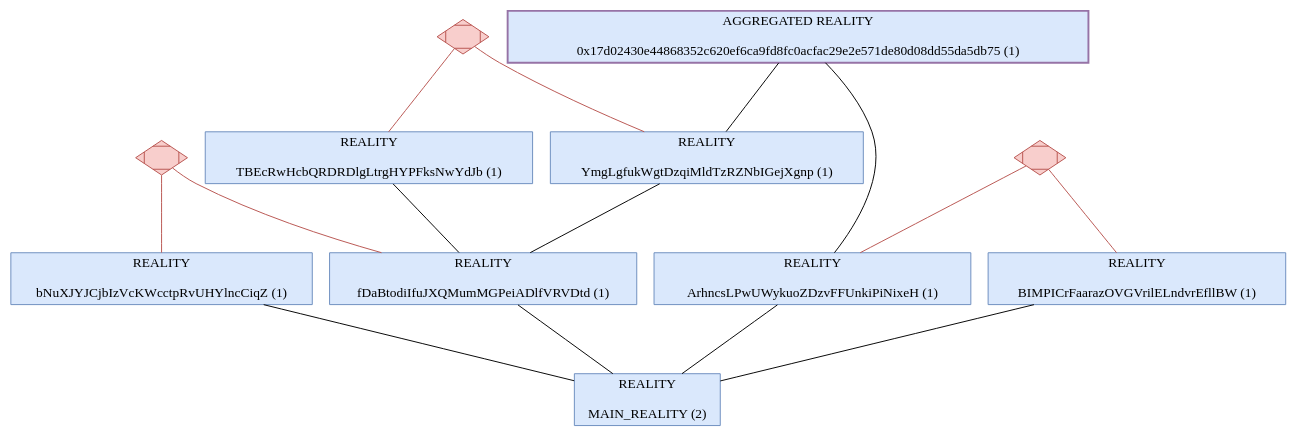
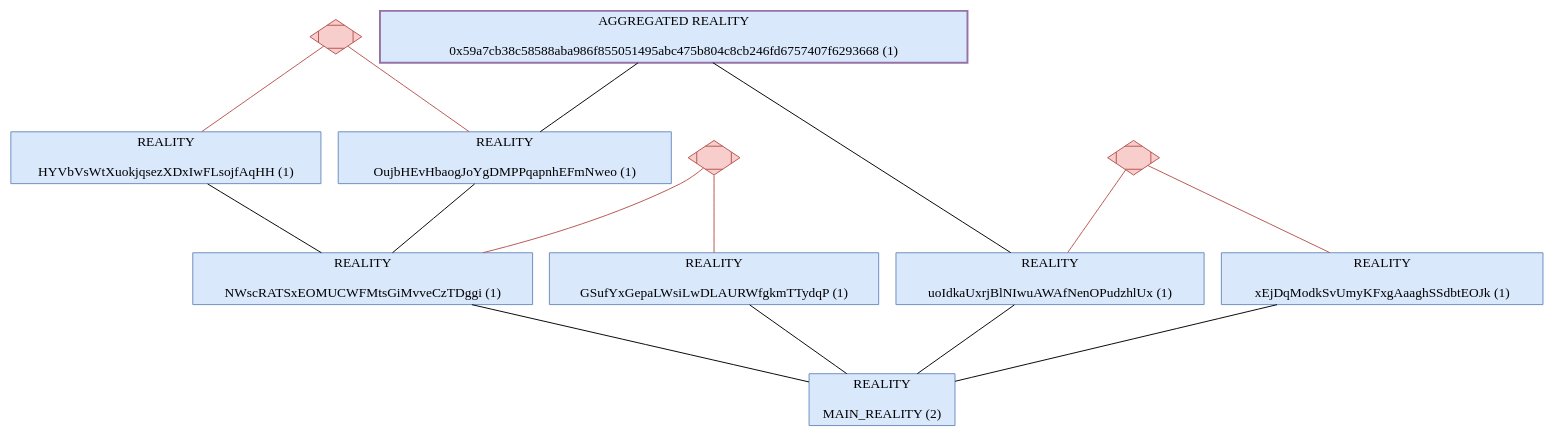
Before and after one commit to whoaminb/goshimmer: the diagram in packages/ledgerstate/_tmp.dot, drawn with Graphviz. The commit also changed 3 other files, not shown here.

```diff
--- a/packages/ledgerstate/_tmp.dot
+++ b/packages/ledgerstate/_tmp.dot
@@ -1,29 +1,29 @@
 digraph  {
 	ranksep="1.0 equally";
 	n9[color="#B85450",fillcolor="#F8CECC",label="",shape="Mdiamond",style="filled"];
 	n10[color="#B85450",fillcolor="#F8CECC",label="",shape="Mdiamond",style="filled"];
 	n11[color="#B85450",fillcolor="#F8CECC",label="",shape="Mdiamond",style="filled"];
-	n1[color="#9673A6",fillcolor="#DAE8FC",label="AGGREGATED REALITY\n\n0x17d02430e44868352c620ef6ca9fd8fc0acfac29e2e571de80d08dd55da5db75 (1)",penwidth="2.0",shape="rect",style="filled"];
-	n2[color="#6C8EBF",fillcolor="#DAE8FC",label="REALITY\n\nArhncsLPwUWykuoZDzvFFUnkiPiNixeH (1)",shape="rect",style="filled"];
-	n6[color="#6C8EBF",fillcolor="#DAE8FC",label="REALITY\n\nBIMPICrFaarazOVGVrilELndvrEfllBW (1)",shape="rect",style="filled"];
-	n3[color="#6C8EBF",fillcolor="#DAE8FC",label="REALITY\n\nMAIN_REALITY (2)",shape="rect",style="filled"];
-	n7[color="#6C8EBF",fillcolor="#DAE8FC",label="REALITY\n\nTBEcRwHcbQRDRDlgLtrgHYPFksNwYdJb (1)",shape="rect",style="filled"];
-	n4[color="#6C8EBF",fillcolor="#DAE8FC",label="REALITY\n\nYmgLgfukWgtDzqiMldTzRZNbIGejXgnp (1)",shape="rect",style="filled"];
-	n8[color="#6C8EBF",fillcolor="#DAE8FC",label="REALITY\n\nbNuXJYJCjbIzVcKWcctpRvUHYlncCiqZ (1)",shape="rect",style="filled"];
-	n5[color="#6C8EBF",fillcolor="#DAE8FC",label="REALITY\n\nfDaBtodiIfuJXQMumMGPeiADlfVRVDtd (1)",shape="rect",style="filled"];
+	n6[color="#9673A6",fillcolor="#DAE8FC",label="AGGREGATED REALITY\n\n0x59a7cb38c58588aba986f855051495abc475b804c8cb246fd6757407f6293668 (1)",penwidth="2.0",shape="rect",style="filled"];
+	n1[color="#6C8EBF",fillcolor="#DAE8FC",label="REALITY\n\nGSufYxGepaLWsiLwDLAURWfgkmTTydqP (1)",shape="rect",style="filled"];
+	n3[color="#6C8EBF",fillcolor="#DAE8FC",label="REALITY\n\nHYVbVsWtXuokjqsezXDxIwFLsojfAqHH (1)",shape="rect",style="filled"];
+	n2[color="#6C8EBF",fillcolor="#DAE8FC",label="REALITY\n\nMAIN_REALITY (2)",shape="rect",style="filled"];
+	n4[color="#6C8EBF",fillcolor="#DAE8FC",label="REALITY\n\nNWscRATSxEOMUCWFMtsGiMvveCzTDggi (1)",shape="rect",style="filled"];
+	n5[color="#6C8EBF",fillcolor="#DAE8FC",label="REALITY\n\nOujbHEvHbaogJoYgDMPPqapnhEFmNweo (1)",shape="rect",style="filled"];
+	n7[color="#6C8EBF",fillcolor="#DAE8FC",label="REALITY\n\nuoIdkaUxrjBlNIwuAWAfNenOPudzhlUx (1)",shape="rect",style="filled"];
+	n8[color="#6C8EBF",fillcolor="#DAE8FC",label="REALITY\n\nxEjDqModkSvUmyKFxgAaaghSSdbtEOJk (1)",shape="rect",style="filled"];
 	n9->n5[arrowhead="none",arrowtail="none",color="#B85450"];
-	n9->n8[arrowhead="none",arrowtail="none",color="#B85450"];
+	n9->n3[arrowhead="none",arrowtail="none",color="#B85450"];
 	n10->n7[arrowhead="none",arrowtail="none",color="#B85450"];
-	n10->n4[arrowhead="none",arrowtail="none",color="#B85450"];
-	n11->n2[arrowhead="none",arrowtail="none",color="#B85450"];
-	n11->n6[arrowhead="none",arrowtail="none",color="#B85450"];
+	n10->n8[arrowhead="none",arrowtail="none",color="#B85450"];
+	n11->n1[arrowhead="none",arrowtail="none",color="#B85450"];
+	n11->n4[arrowhead="none",arrowtail="none",color="#B85450"];
+	n6->n7[arrowhead="none",arrowtail="none"];
+	n6->n5[arrowhead="none",arrowtail="none"];
 	n1->n2[arrowhead="none",arrowtail="none"];
-	n1->n4[arrowhead="none",arrowtail="none"];
-	n2->n3[arrowhead="none",arrowtail="none"];
-	n6->n3[arrowhead="none",arrowtail="none"];
-	n7->n5[arrowhead="none",arrowtail="none"];
-	n4->n5[arrowhead="none",arrowtail="none"];
-	n8->n3[arrowhead="none",arrowtail="none"];
-	n5->n3[arrowhead="none",arrowtail="none"];
+	n3->n4[arrowhead="none",arrowtail="none"];
+	n4->n2[arrowhead="none",arrowtail="none"];
+	n5->n4[arrowhead="none",arrowtail="none"];
+	n7->n2[arrowhead="none",arrowtail="none"];
+	n8->n2[arrowhead="none",arrowtail="none"];
 	
 }
```
